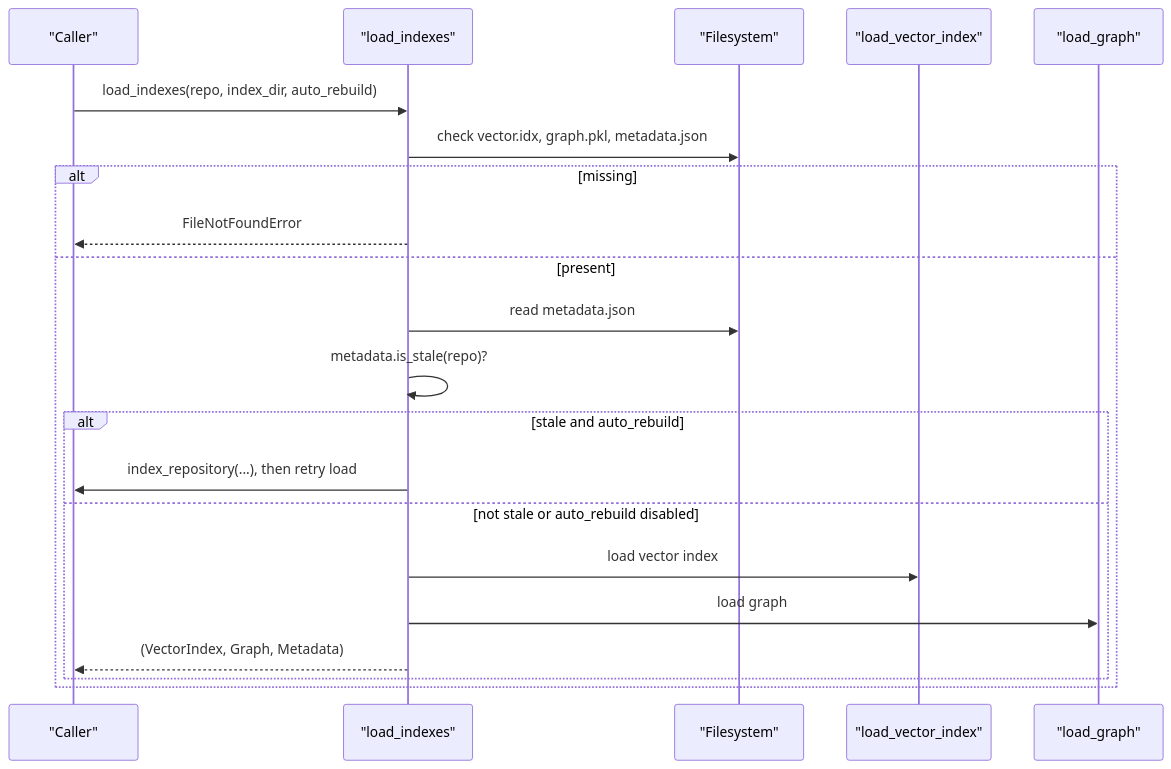
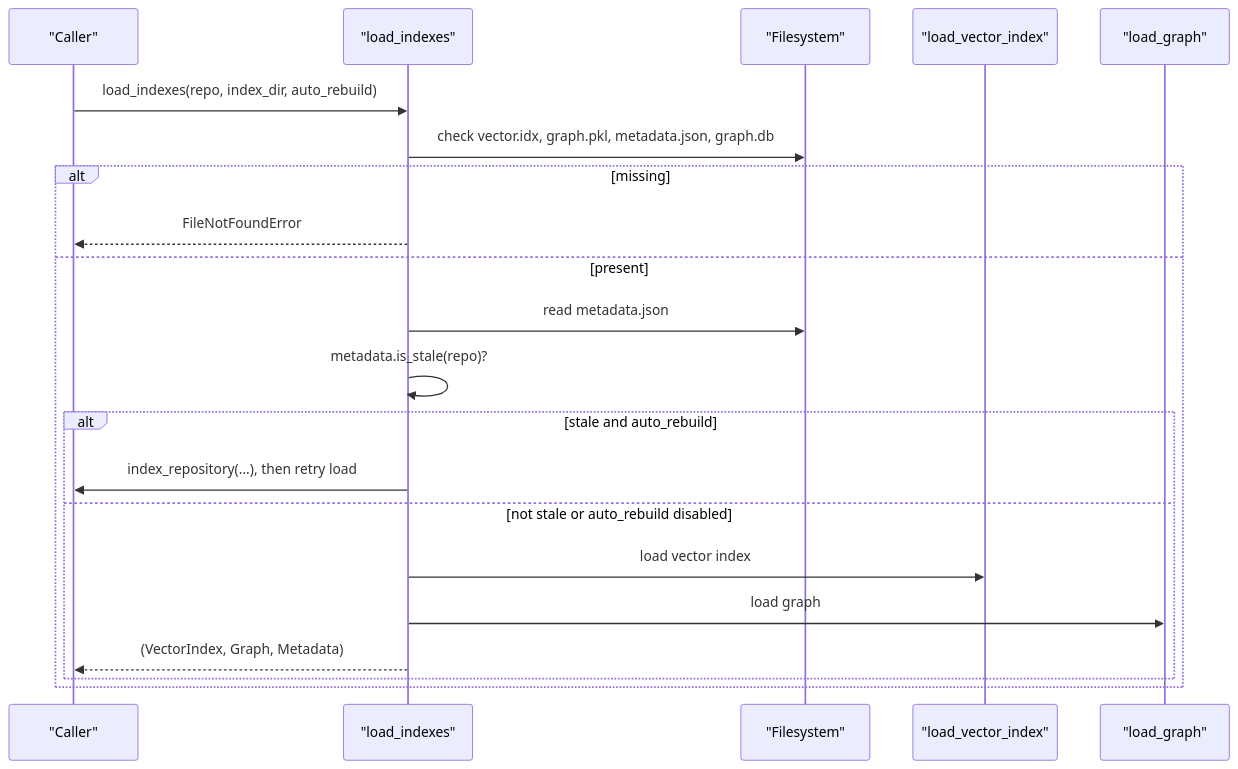
The fourth of 12 diagrams in .qoder/repowiki/en/content/Core Modules/Workflow Engine/Workflow Engine.md (maemreyo/zmr-ctx-paker), drawn with Mermaid before and after one commit. The commit also changed other lines of this file and 25 other files, not shown here.

````diff
--- a/.qoder/repowiki/en/content/Core Modules/Workflow Engine/Workflow Engine.md
+++ b/.qoder/repowiki/en/content/Core Modules/Workflow Engine/Workflow Engine.md
@@ -218,23 +252,23 @@
 ```mermaid
 sequenceDiagram
 participant Caller as "Caller"
 participant Loader as "load_indexes"
 participant FS as "Filesystem"
 participant IDX as "load_vector_index"
 participant GR as "load_graph"
 Caller->>Loader : load_indexes(repo, index_dir, auto_rebuild)
-Loader->>FS : check vector.idx, graph.pkl, metadata.json
+Loader->>FS : check vector.idx, graph.pkl, metadata.json, graph.db
 alt missing
 Loader-->>Caller : FileNotFoundError
 else present
 Loader->>FS : read metadata.json
 Loader->>Loader : metadata.is_stale(repo)?
 alt stale and auto_rebuild
 Loader->>Caller : index_repository(...), then retry load
 else not stale or auto_rebuild disabled
 Loader->>IDX : load vector index
 Loader->>GR : load graph
 Loader-->>Caller : (VectorIndex, Graph, Metadata)
 end
 end
 ```
````
